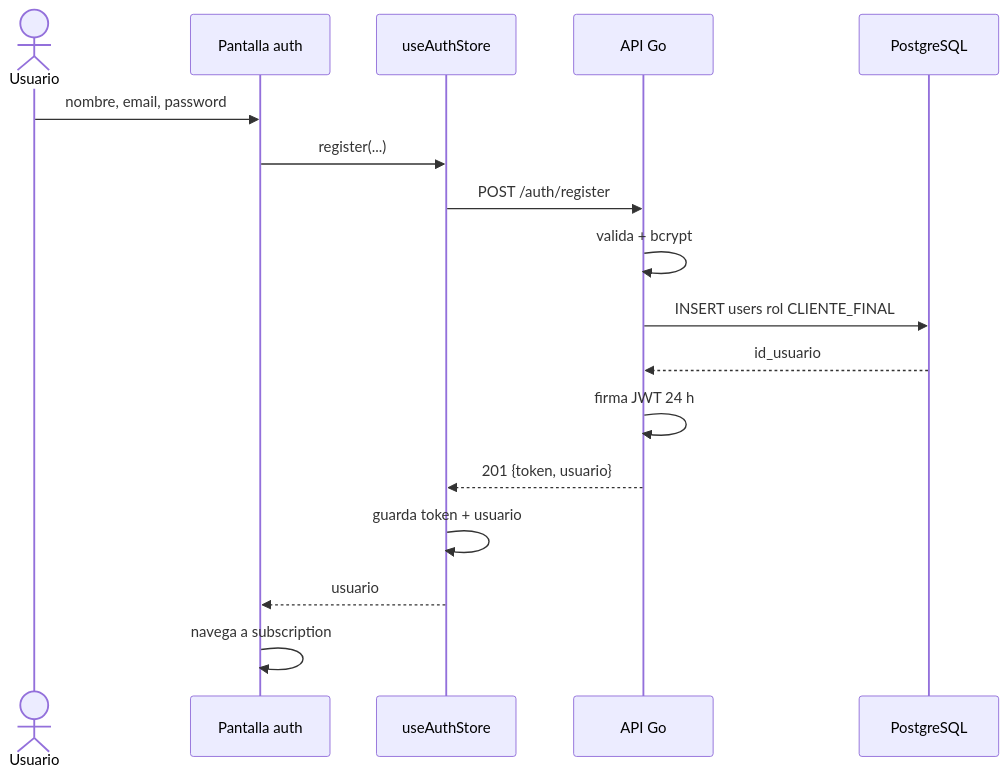
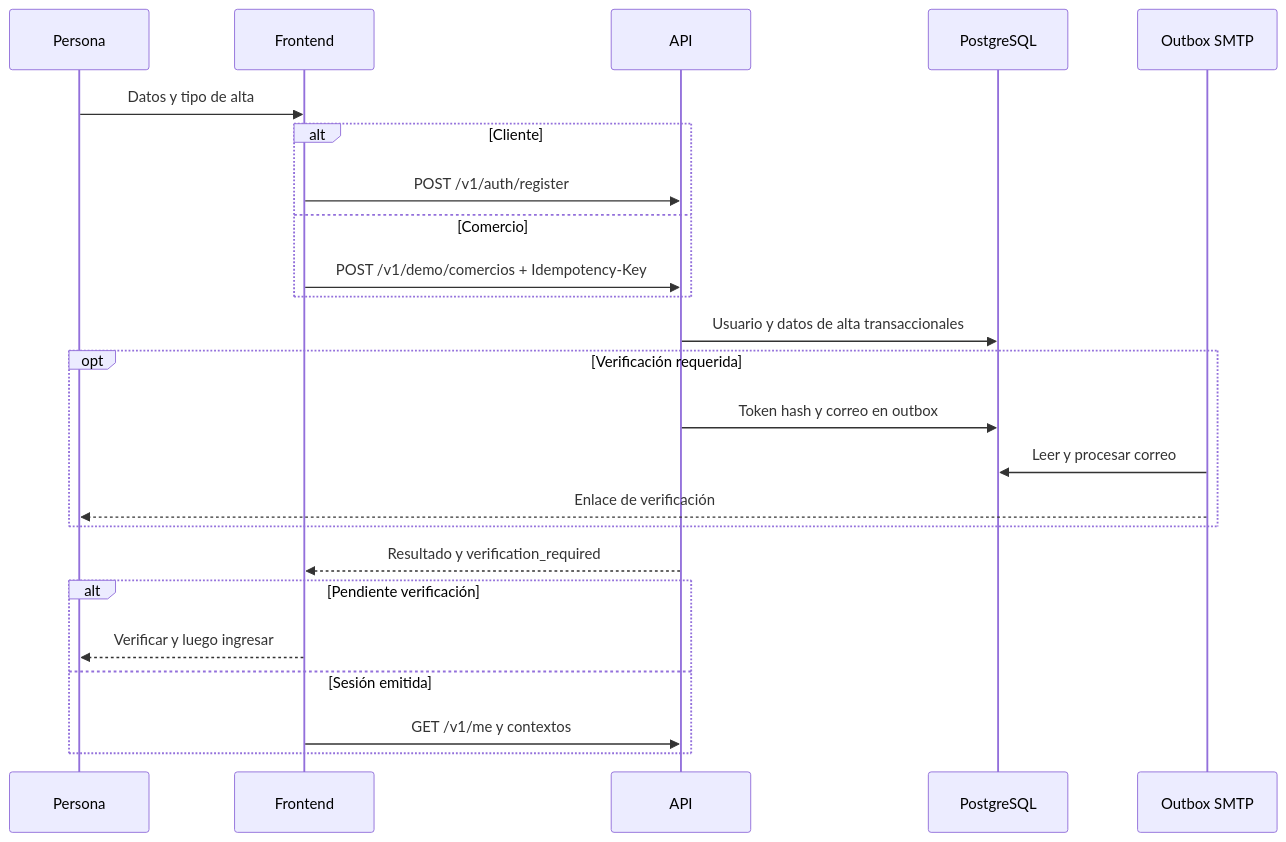
One commit to gagonzalez1/puntazo-docs changed the diagram in docs/sequences/01-register.md. Above: the diagram before and after it, drawn with Mermaid. The commit also changed other lines of this file and 42 other files, not shown here.

Commit message:
docs: reconcile current Puntazo architecture and deployed environments

````diff
--- a/docs/sequences/01-register.md
+++ b/docs/sequences/01-register.md
@@ -16,19 +17,26 @@
 ```mermaid
 sequenceDiagram
-    actor U as Usuario
-    participant UI as Pantalla auth
-    participant S as useAuthStore
-    participant API as API Go
-    participant DB as PostgreSQL
-    U->>UI: nombre, email, password
-    UI->>S: register(...)
-    S->>API: POST /auth/register
-    API->>API: valida + bcrypt
-    API->>DB: INSERT users rol CLIENTE_FINAL
-    DB-->>API: id_usuario
-    API->>API: firma JWT 24 h
-    API-->>S: 201 {token, usuario}
-    S->>S: guarda token + usuario
-    S-->>UI: usuario
-    UI->>UI: navega a subscription
+ participant U as Persona
+ participant F as Frontend
+ participant A as API
+ participant P as PostgreSQL
+ participant W as Outbox SMTP
+ U->>F: Datos y tipo de alta
+ alt Cliente
+ F->>A: POST /v1/auth/register
+ else Comercio
+ F->>A: POST /v1/demo/comercios + Idempotency-Key
+ end
+ A->>P: Usuario y datos de alta transaccionales
+ opt Verificación requerida
+ A->>P: Token hash y correo en outbox
+ W->>P: Leer y procesar correo
+ W-->>U: Enlace de verificación
+ end
+ A-->>F: Resultado y verification_required
+ alt Pendiente verificación
+ F-->>U: Verificar y luego ingresar
+ else Sesión emitida
+ F->>A: GET /v1/me y contextos
+ end
 ```
````
